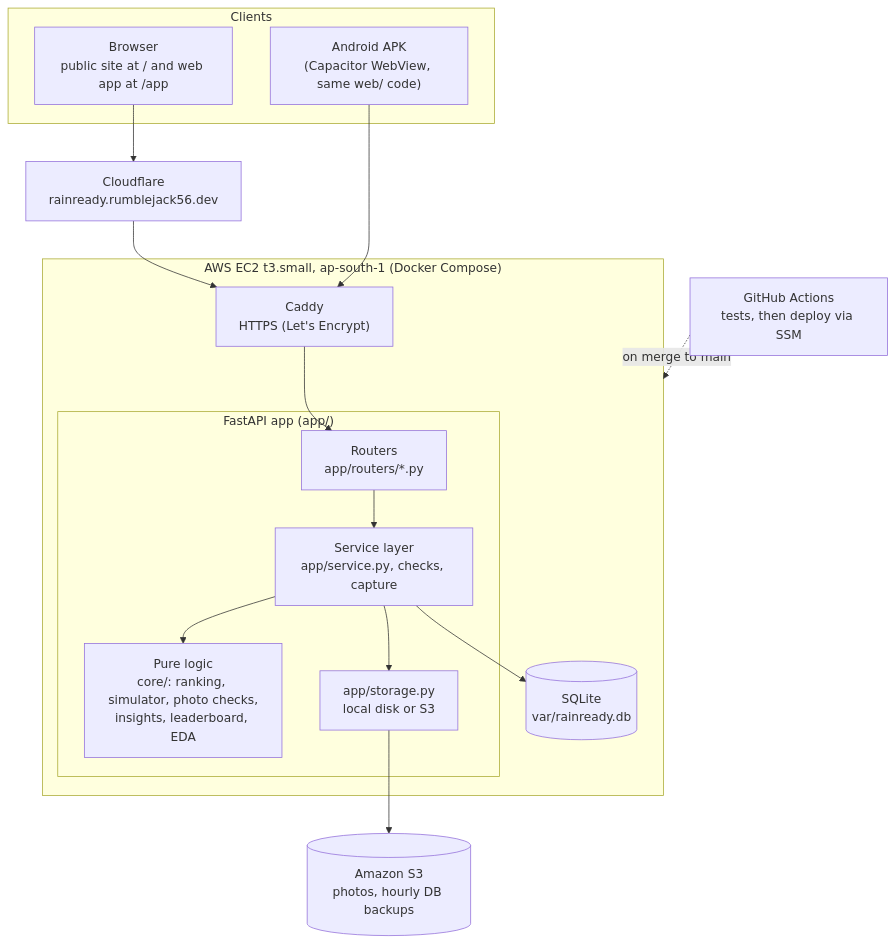
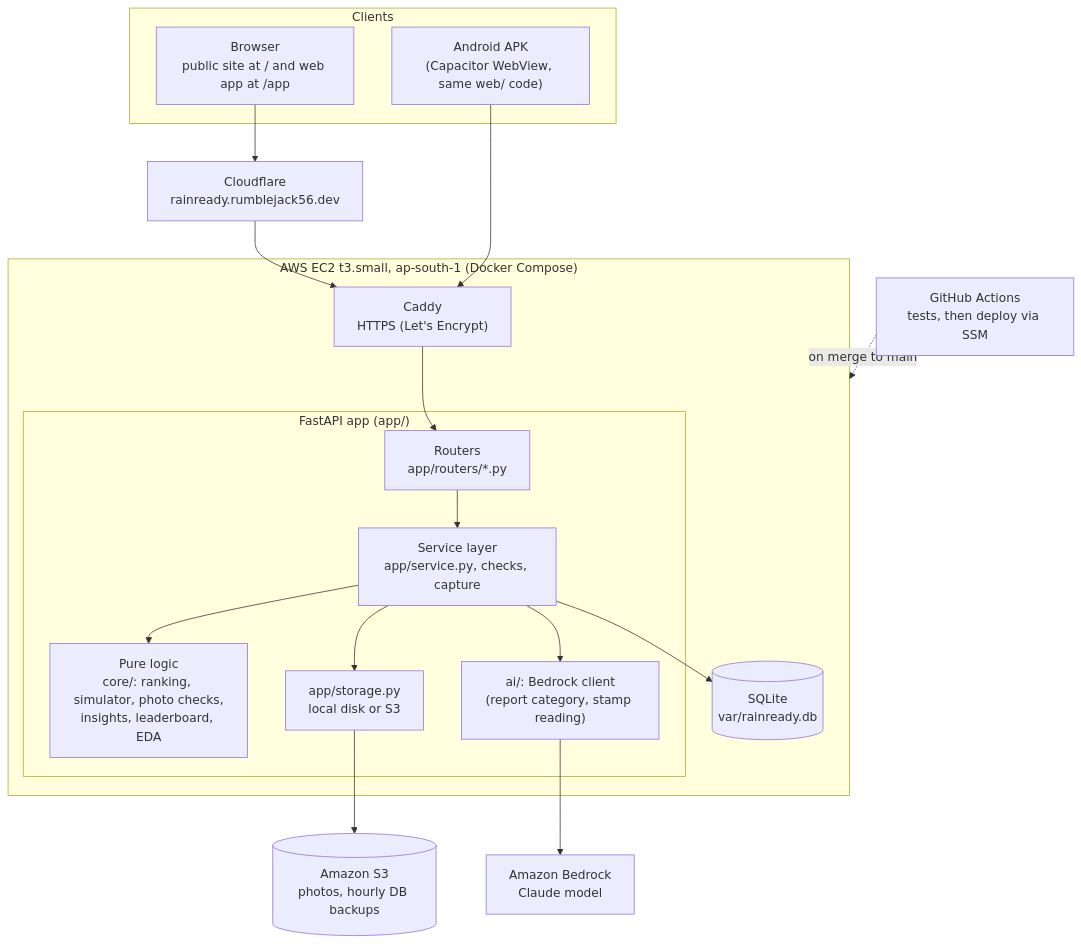
One commit to RumbleJack56/bharatbuilds changed the second of 3 diagrams in rain-ready/README.md. Above: the diagram before and after it, drawn with Mermaid. The commit also changed other lines of this file, not shown here.

First line of the commit message:
[aarush] docs: README: Bedrock back (#26)

````diff
--- a/rain-ready/README.md
+++ b/rain-ready/README.md
@@ -122,30 +122,33 @@
 ```mermaid
 flowchart TB
     subgraph Clients
         B["Browser<br/>public site at / and web app at /app"]
         P["Android APK<br/>(Capacitor WebView, same web/ code)"]
     end
 
     CF["Cloudflare<br/>rainready.rumblejack56.dev"]
 
     subgraph EC2["AWS EC2 t3.small, ap-south-1 (Docker Compose)"]
         CA["Caddy<br/>HTTPS (Let's Encrypt)"]
         subgraph API["FastAPI app (app/)"]
             RT["Routers<br/>app/routers/*.py"]
             SV["Service layer<br/>app/service.py, checks, capture"]
             CO["Pure logic<br/>core/: ranking, simulator, photo checks,<br/>insights, leaderboard, EDA"]
+            AI["ai/: Bedrock client<br/>(report category, stamp reading)"]
             ST["app/storage.py<br/>local disk or S3"]
         end
         DB[("SQLite<br/>var/rainready.db")]
     end
 
     S3[("Amazon S3<br/>photos, hourly DB backups")]
+    BR["Amazon Bedrock<br/>Claude model"]
     GH["GitHub Actions<br/>tests, then deploy via SSM"]
 
     B --> CF --> CA
     P --> CA
     CA --> RT --> SV --> CO
     SV --> DB
     SV --> ST --> S3
+    SV --> AI --> BR
     GH -. "on merge to main" .-> EC2
 ```
````
